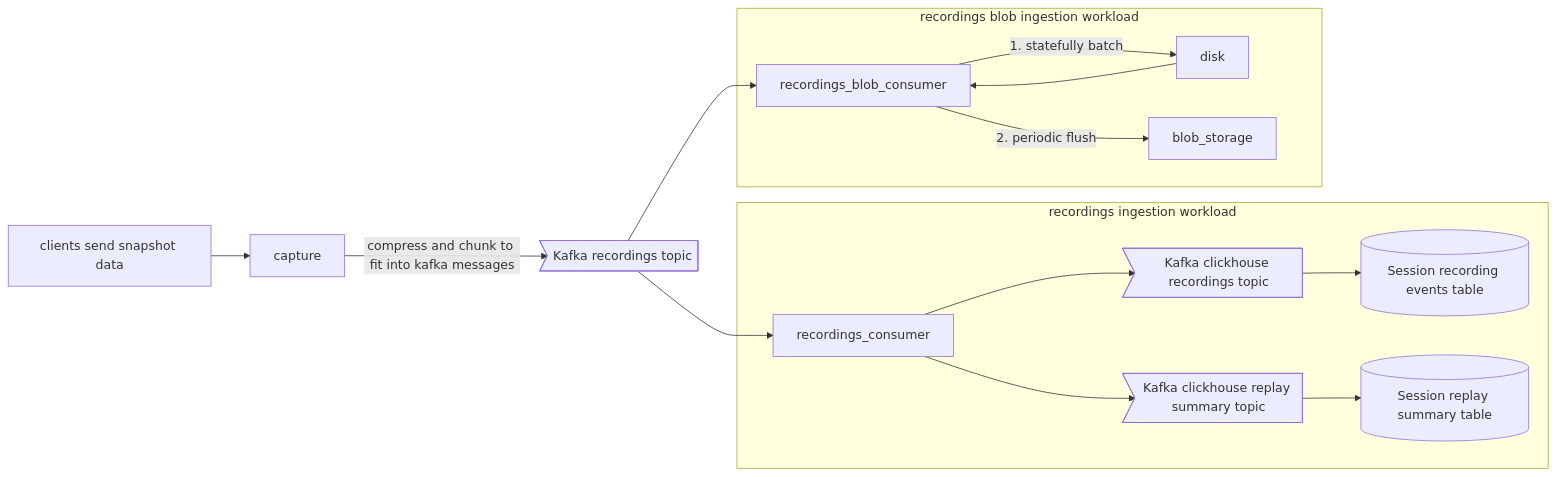
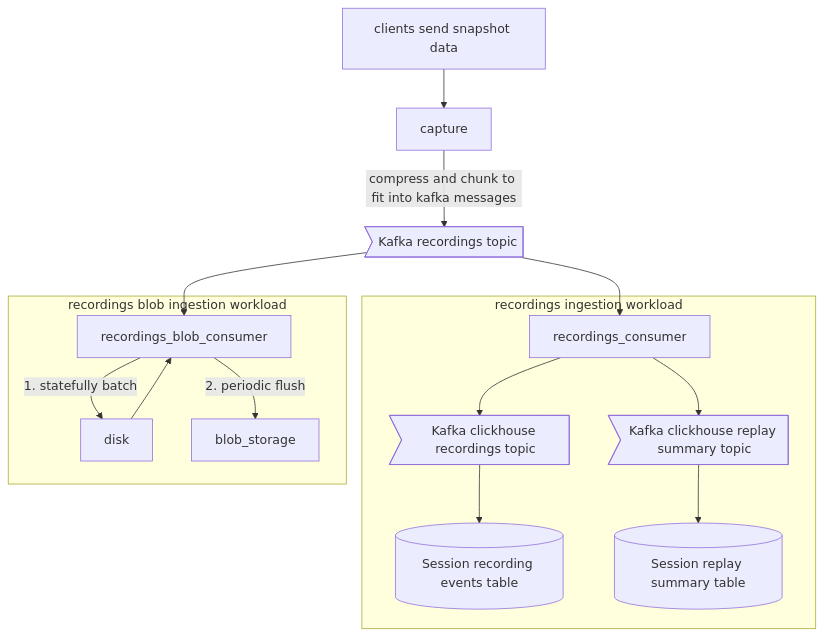
Before and after one commit to PostHog/posthog.com: the third of 4 diagrams in contents/docs/how-posthog-works/recordings-ingestion.mdx, drawn with Mermaid.

````diff
--- a/contents/docs/how-posthog-works/recordings-ingestion.mdx
+++ b/contents/docs/how-posthog-works/recordings-ingestion.mdx
@@ -78,29 +78,29 @@
 ```mermaid
-flowchart LR
+flowchart TB
     clickHouse_session_recording_events_table[(Session recording events table)]
     clickhouse_replay_summary_table[(Session replay summary table)]
     received_snapshot_event[clients send snapshot data]
     kafka_recordings_topic>Kafka recordings topic]
     kafka_clickhouse_recordings_topic>Kafka clickhouse recordings topic]
     kafka_clickhouse_replay_summary_topic>Kafka clickhouse replay summary topic]
 
     subgraph recordings ingestion workload
         recordings_consumer-->kafka_clickhouse_recordings_topic
         kafka_clickhouse_recordings_topic-->clickHouse_session_recording_events_table
 
         recordings_consumer-->kafka_clickhouse_replay_summary_topic
         kafka_clickhouse_replay_summary_topic-->clickhouse_replay_summary_table
     end
 
     subgraph recordings blob ingestion workload
         recordings_blob_consumer-->|1. statefully batch|disk
         disk-->recordings_blob_consumer
         recordings_blob_consumer-->|2. periodic flush|blob_storage
     end
 
 
     received_snapshot_event --> capture
     capture -->|compress and chunk to fit into kafka messages| kafka_recordings_topic
     kafka_recordings_topic --> recordings_consumer
     kafka_recordings_topic --> recordings_blob_consumer
 ```
````
